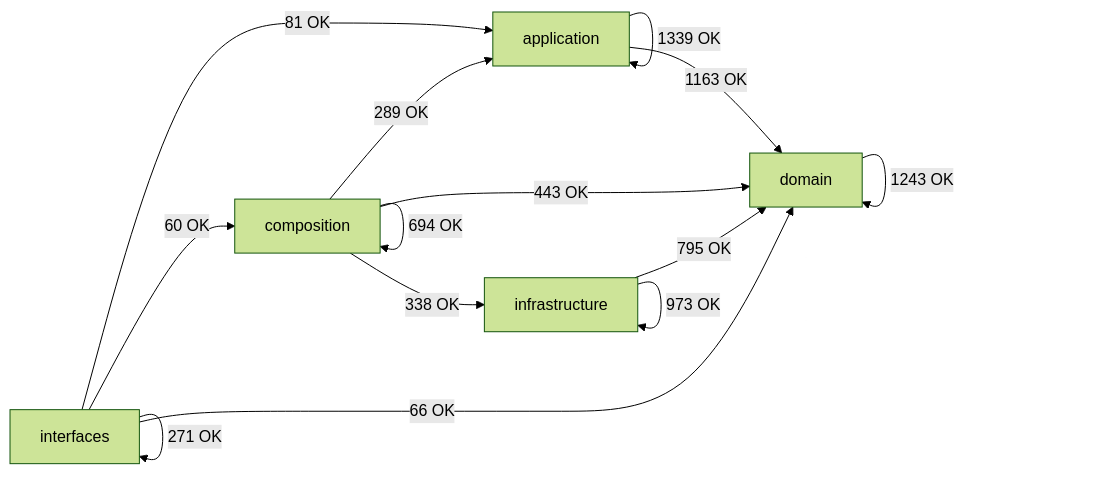
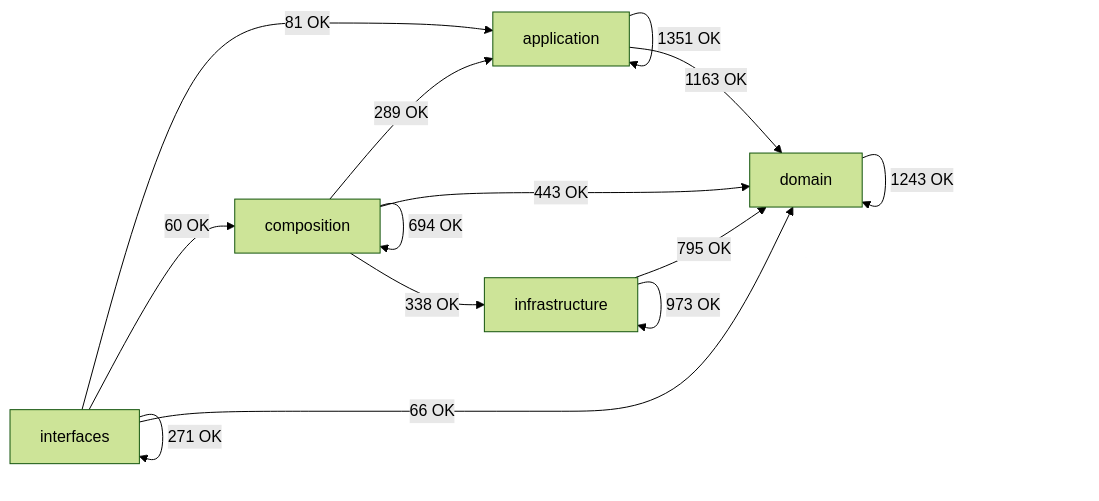
Before and after one commit to SatoryKono/BioactivityDataAcquisition: the diagram in docs/02-architecture/generated/module-dependency-map.md, drawn with Mermaid (forest theme). The commit also changed other lines of this file and 1 other file, not shown here.

````diff
--- a/docs/02-architecture/generated/module-dependency-map.md
+++ b/docs/02-architecture/generated/module-dependency-map.md
@@ -17,21 +17,21 @@
 ```mermaid
 flowchart LR
     domain[domain]
     application[application]
     infrastructure[infrastructure]
     composition[composition]
     interfaces[interfaces]
-    application -->|1339 OK| application
+    application -->|1351 OK| application
     application -->|1163 OK| domain
     composition -->|289 OK| application
     composition -->|694 OK| composition
     composition -->|443 OK| domain
     composition -->|338 OK| infrastructure
     domain -->|1243 OK| domain
     infrastructure -->|795 OK| domain
     infrastructure -->|973 OK| infrastructure
     interfaces -->|81 OK| application
     interfaces -->|60 OK| composition
     interfaces -->|66 OK| domain
     interfaces -->|271 OK| interfaces
 ```
````
